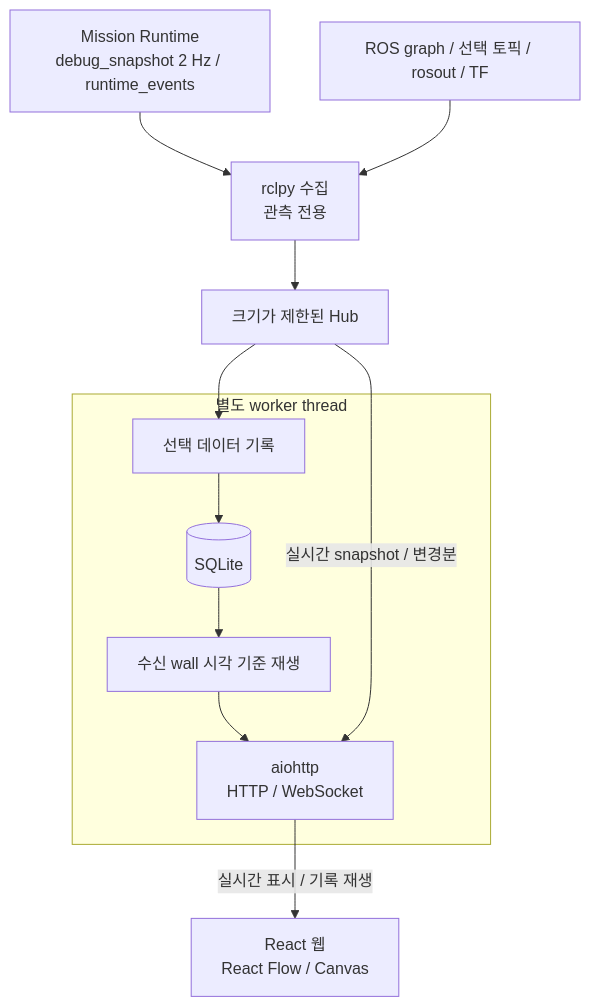
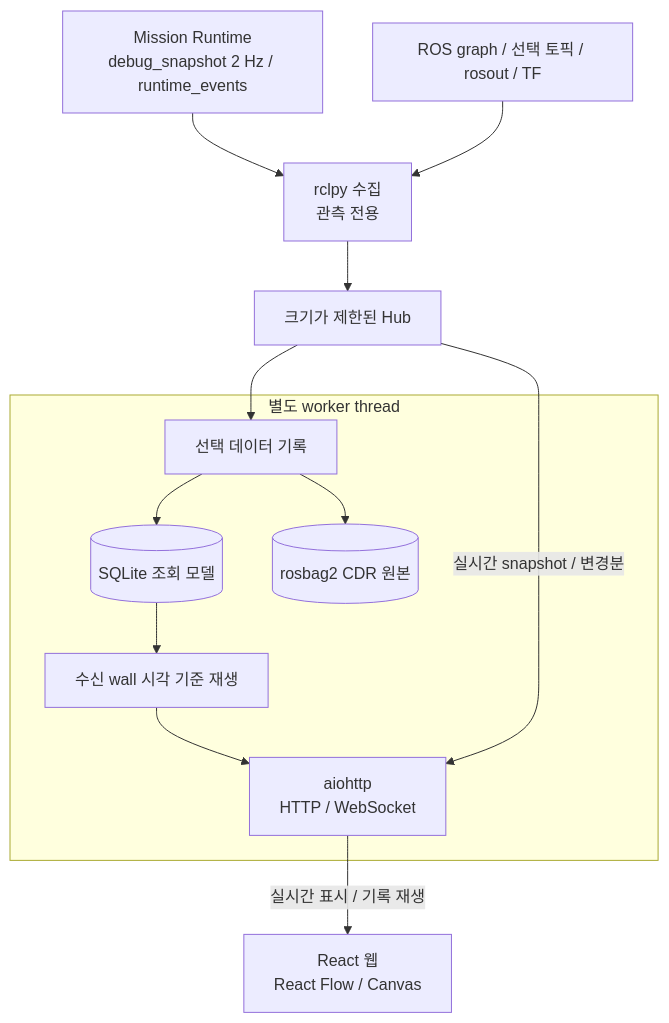
Before and after one commit to asm17-moving-agent/cleany: the diagram in ros2_ws/src/cleany_dev_monitor/docs/data.md, drawn with Mermaid. The commit also changed other lines of this file and 34 other files, not shown here.

````diff
--- a/ros2_ws/src/cleany_dev_monitor/docs/data.md
+++ b/ros2_ws/src/cleany_dev_monitor/docs/data.md
@@ -5,14 +5,15 @@
 ```mermaid
 flowchart TB
     Mission["Mission Runtime<br/>debug_snapshot 2 Hz / runtime_events"] --> Collector
     ROS["ROS graph / 선택 토픽 / rosout / TF"] --> Collector
     Collector["rclpy 수집<br/>관측 전용"] --> Hub["크기가 제한된 Hub"]
     subgraph Worker["별도 worker thread"]
         API["aiohttp<br/>HTTP / WebSocket"]
-        Recorder["선택 데이터 기록"] --> DB[(SQLite)]
+        Recorder["선택 데이터 기록"] --> DB[(SQLite 조회 모델)]
+        Recorder --> Bag[(rosbag2 CDR 원본)]
         DB --> Replay["수신 wall 시각 기준 재생"] --> API
     end
     Hub -->|"실시간 snapshot / 변경분"| API
     Hub --> Recorder
     API -->|"실시간 표시 / 기록 재생"| UI["React 웹<br/>React Flow / Canvas"]
 ```
````
